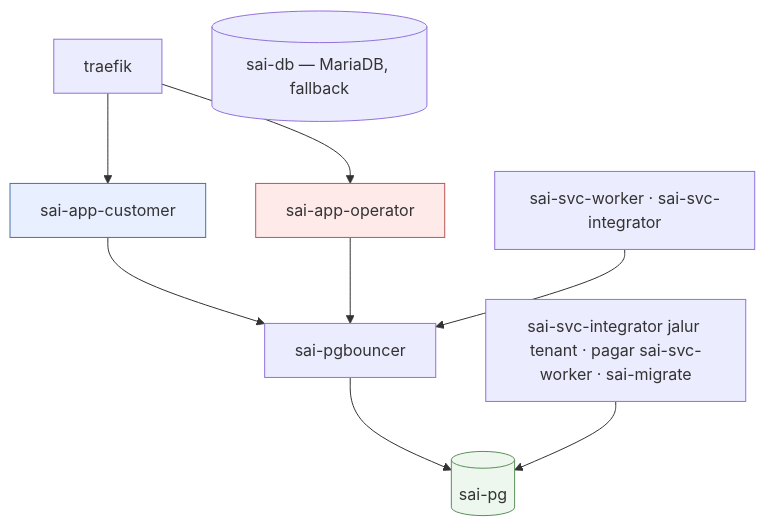
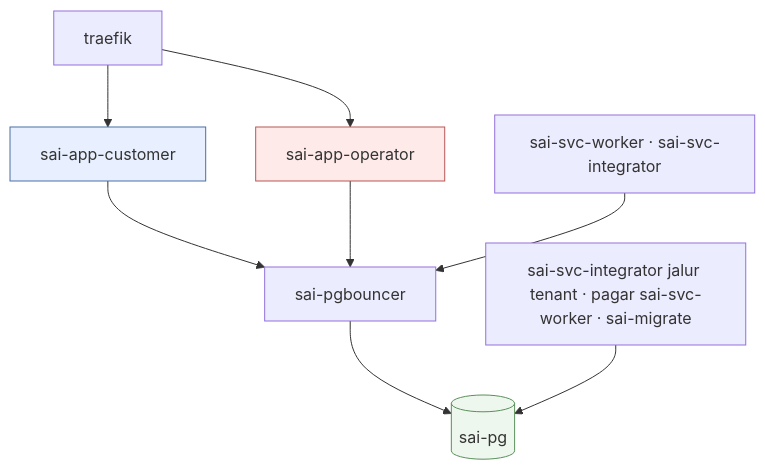
Before and after one commit to tri-evendi/sai-accounting: the first of 5 diagrams in docs/arsitektur/02-LAYANAN-INFRA.md, drawn with Mermaid. The commit also changed other lines of this file and 194 other files, not shown here.

````diff
--- a/docs/arsitektur/02-LAYANAN-INFRA.md
+++ b/docs/arsitektur/02-LAYANAN-INFRA.md
@@ -61,15 +60,14 @@
 ```mermaid
 graph TB
     TR[traefik] --> WEBC[sai-app-customer]
     TR --> WEBO[sai-app-operator]
     WEBC --> PGB[sai-pgbouncer]
     WEBO --> PGB
     JOB[sai-svc-worker · sai-svc-integrator] --> PGB
     PGB --> PG[(sai-pg)]
     LANGSUNG[sai-svc-integrator jalur tenant · pagar sai-svc-worker · sai-migrate] --> PG
-    OLD[(sai-db — MariaDB, fallback)]
 
     style WEBC fill:#e8f0ff,stroke:#4a6fa5
     style WEBO fill:#ffeaea,stroke:#b55
     style PG fill:#eef7ee,stroke:#5a8f5a
 ```
````
